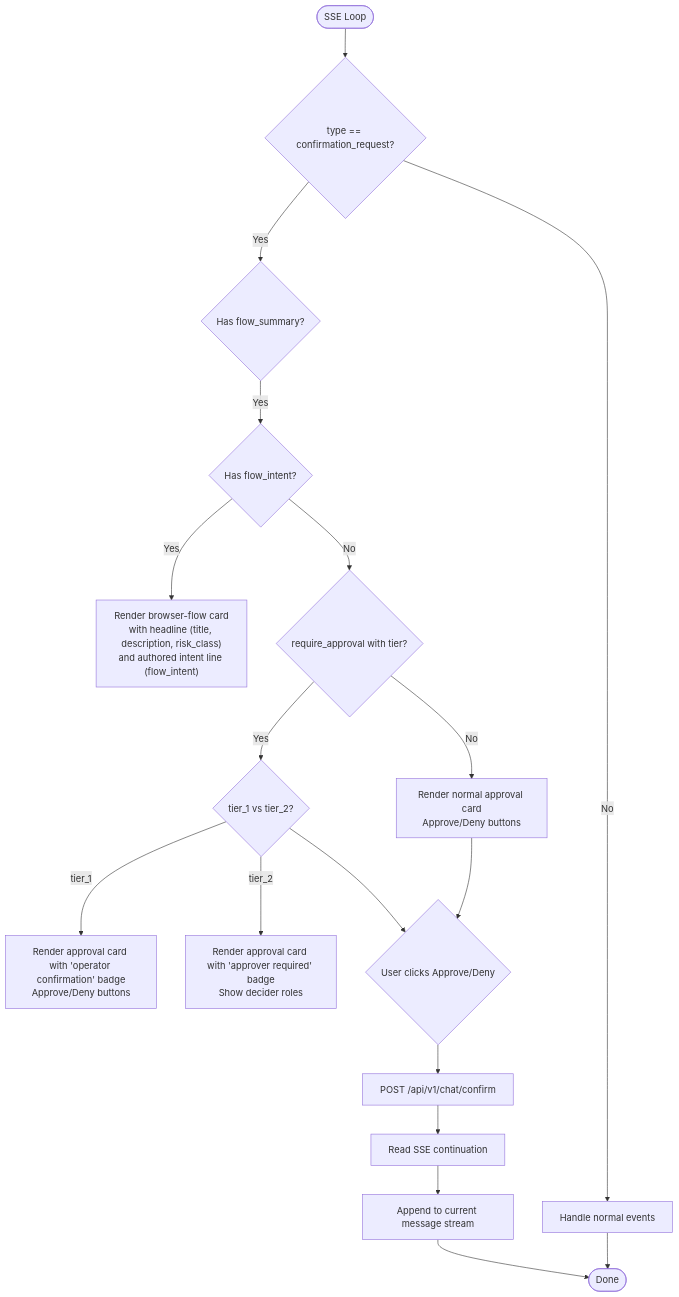
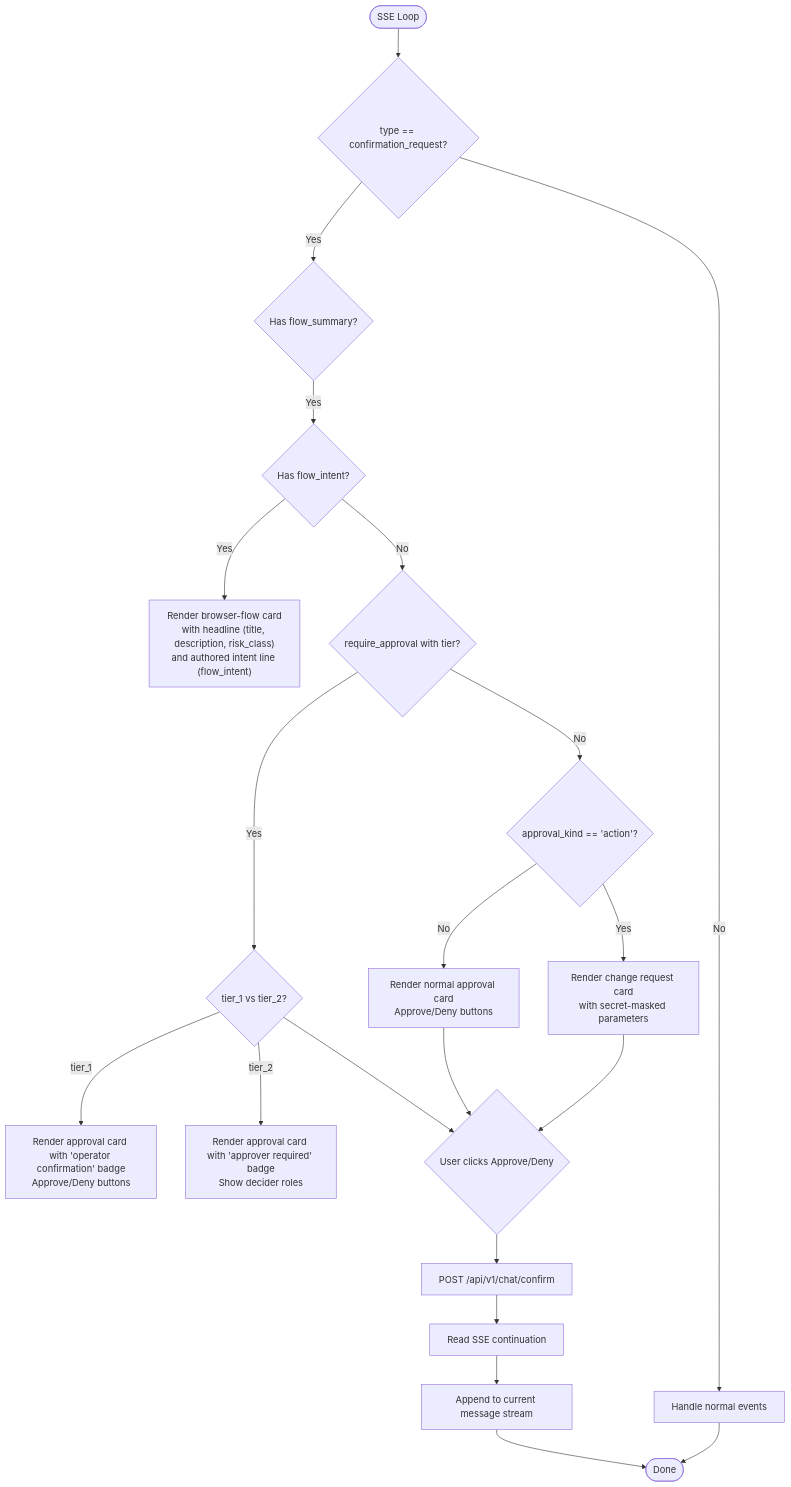
One commit to metasync/luban-aiops changed diagram 13 of 14 in .qoder/repowiki/en/content/Agent Platform Service/HITL Confirmation Bridging (SPEC-020).md. Above: the diagram before and after it, drawn with Mermaid. The commit also changed other lines of this file and 35 other files, not shown here.

````diff
--- a/.qoder/repowiki/en/content/Agent Platform Service/HITL Confirmation Bridging (SPEC-020).md
+++ b/.qoder/repowiki/en/content/Agent Platform Service/HITL Confirmation Bridging (SPEC-020).md
@@ -713,20 +744,23 @@
 ```mermaid
 flowchart TD
 S(["SSE Loop"]) --> Type{"type == confirmation_request?"}
 Type -- Yes --> CheckFlow{"Has flow_summary?"}
 CheckFlow -- Yes --> CheckIntent{"Has flow_intent?"}
 CheckIntent -- Yes --> RenderFlowCard["Render browser-flow card<br/>with headline (title, description, risk_class)<br/>and authored intent line (flow_intent)"]
 CheckIntent -- No --> CheckTier{"require_approval with tier?"}
 CheckTier -- Yes --> CheckTierType{"tier_1 vs tier_2?"}
 CheckTierType -- tier_1 --> RenderTier1Card["Render approval card with 'operator confirmation' badge<br/>Approve/Deny buttons"]
 CheckTierType -- tier_2 --> RenderTier2Card["Render approval card with 'approver required' badge<br/>Show decider roles"]
 CheckTierType --> Decision{"User clicks Approve/Deny"}
-CheckTier -- No --> RenderNormalCard["Render normal approval card<br/>Approve/Deny buttons"]
+CheckTier -- No --> CheckKind{"approval_kind == 'action'?"}
+CheckKind -- Yes --> RenderChangeRequest["Render change request card<br/>with secret-masked parameters"]
+CheckKind -- No --> RenderNormalCard["Render normal approval card<br/>Approve/Deny buttons"]
 RenderNormalCard --> Decision
+RenderChangeRequest --> Decision
 Decision --> Post["POST /api/v1/chat/confirm"]
 Post --> Stream["Read SSE continuation"]
 Stream --> Append["Append to current message stream"]
 Type -- No --> Normal["Handle normal events"]
 Append --> Done(["Done"])
 Normal --> Done
 ```
````
